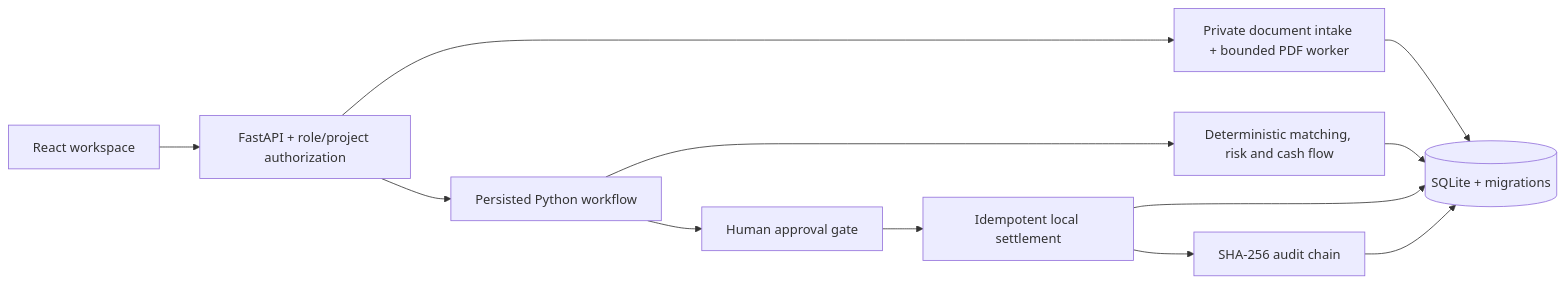
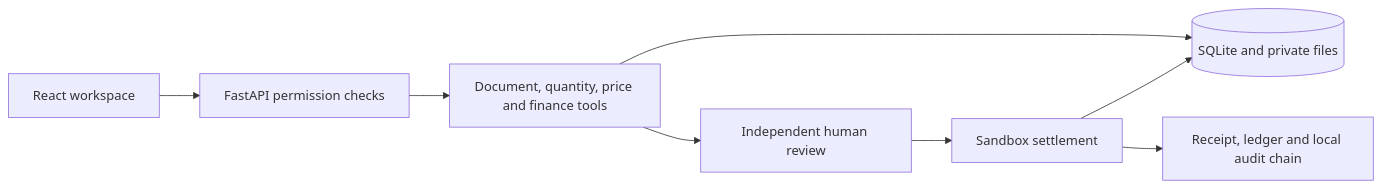
Before and after one commit to md-ishtiak-ahmed-sajib/buildtrust-ai: the diagram in README.md, drawn with Mermaid. The commit also changed other lines of this file and 135 other files, not shown here.

````diff
--- a/README.md
+++ b/README.md
@@ -56,14 +121,10 @@
 ```mermaid
 flowchart LR
-  UI[React workspace] --> API[FastAPI + role/project authorization]
-  API --> DOC[Private document intake + bounded PDF worker]
-  API --> AGENT[Persisted Python workflow]
-  AGENT --> FIN[Deterministic matching, risk and cash flow]
-  AGENT --> HUMAN[Human approval gate]
-  HUMAN --> PAY[Idempotent local settlement]
-  DOC --> DB[(SQLite + migrations)]
-  FIN --> DB
-  PAY --> DB
-  PAY --> AUDIT[SHA-256 audit chain]
-  AUDIT --> DB
+    Browser[React workspace] --> API[FastAPI permission checks]
+    API --> Tools[Document, quantity, price and finance tools]
+    Tools --> Review[Independent human review]
+    Review --> Payment[Sandbox settlement]
+    Tools --> DB[(SQLite and private files)]
+    Payment --> DB
+    Payment --> Audit[Receipt, ledger and local audit chain]
 ```
````
